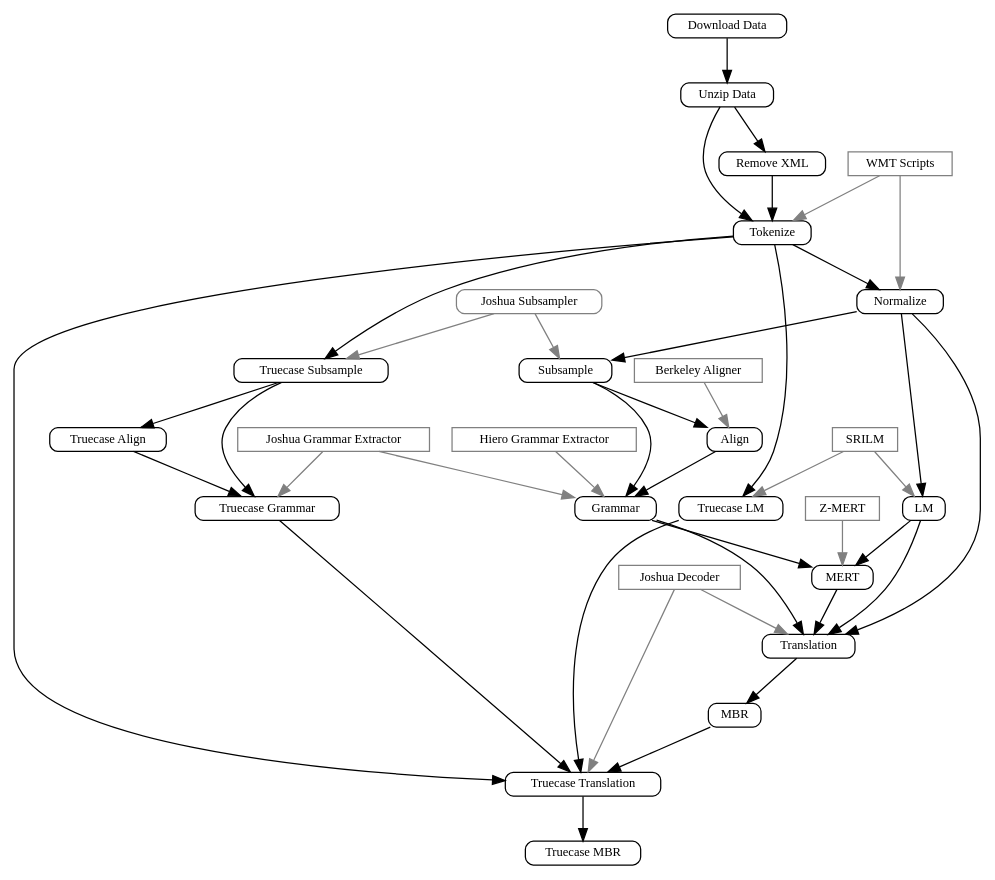
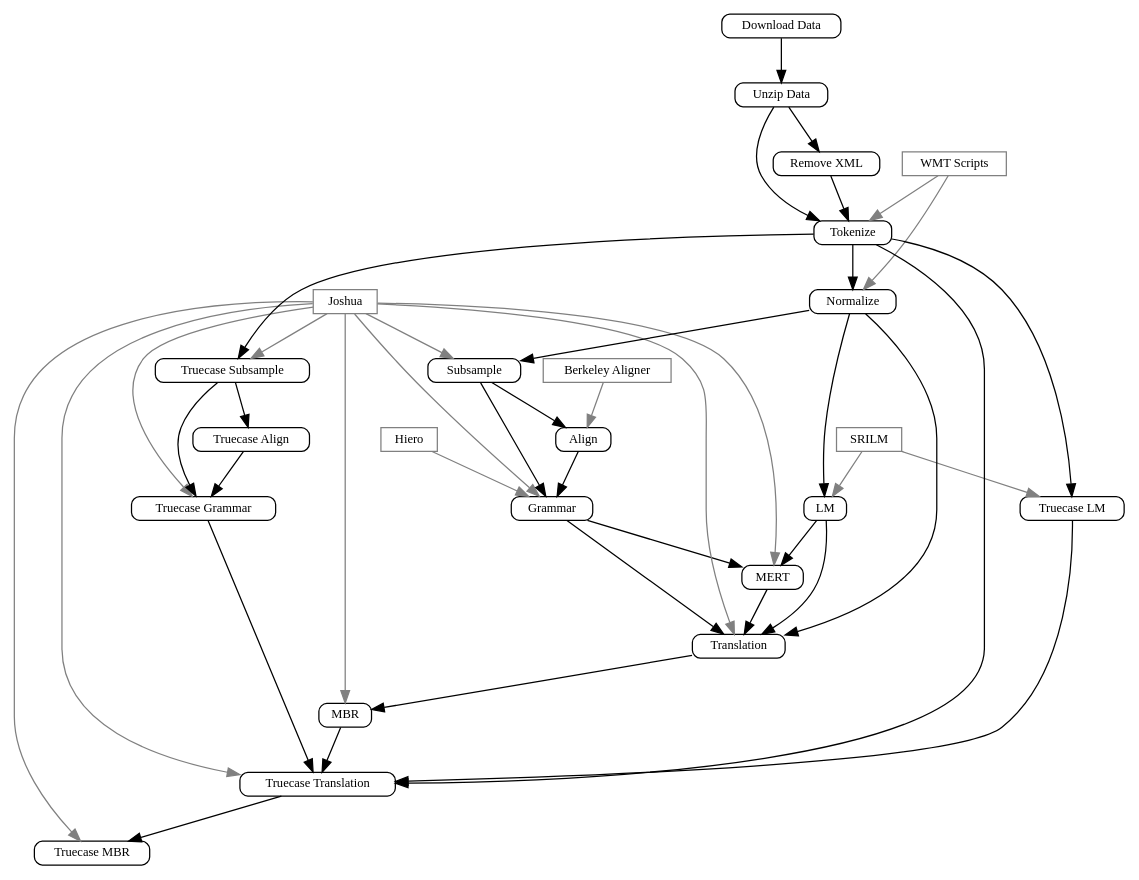
Before and after one commit to dowobeha/joshua-publications: the diagram in papers/wmt10.pipeline/figure.dot, drawn with Graphviz. The commit also changed 3 other files, not shown here.

```diff
--- a/papers/wmt10.pipeline/figure.dot
+++ b/papers/wmt10.pipeline/figure.dot
@@ -1,109 +1,128 @@
 digraph G {
 
 		// We want all the shapes to be rounded rectangles
 		node[shape=box, style=rounded,fontsize=10,height=0,width=0,textwidth=1];
 
 	//subgraph clusterTools  { label="Tools"; 
 		Scripts [style=solid,color=grey,label="WMT Scripts"]
 		SRILM [style=solid,color=grey,label="SRILM"]
 		BerkeleyAligner [style=solid,color=grey,label="Berkeley Aligner"]
-		Hiero [label="Hiero Grammar Extractor",style=solid,color=grey]
-		JoshuaDecoder [style=solid,color=grey,label="Joshua Decoder"]
-		ZMERT [style=solid,color=grey,label="Z-MERT"]
+		Hiero [label="Hiero",style=solid,color=grey]
 	//}
+
+
+		Hiero -> Grammar [color=grey]
+
+//		JoshuaDecoder [style=solid,color=grey,label="Joshua Decoder"]
+//		JoshuaSubsampler [label="Joshua Subsampler",color=grey]
+//		JoshuaGrammar [label="Joshua Grammar Extractor",color=grey,style=solid]
+//		ZMERT [style=solid,color=grey,label="Z-MERT"]
+//
+//		JoshuaGrammar -> Grammar [color=grey]
+//		ZMERT -> MERT [color=grey]
+//		JoshuaDecoder -> Translate [color=grey]
+//		JoshuaDecoder -> Recase [color=grey]
+//		JoshuaGrammar -> RecaseGrammar [color=grey]
+//		JoshuaSubsampler -> Subsample [color=grey]
+//		JoshuaSubsampler -> RecaseSubsample [color=grey]
+
+
+
+
+		Joshua [style=solid,color=grey,label="Joshua"]
+
+		Joshua -> Grammar [color=grey,group="Joshua"]
+		Joshua -> MERT [color=grey,group="Joshua"]
+		Joshua -> Translate [color=grey,group="Joshua"]
+		Joshua -> Recase [color=grey,group="Joshua"]
+		Joshua -> RecaseGrammar [color=grey,group="Joshua"]
+		Joshua -> Subsample [color=grey,group="Joshua"]
+		Joshua -> RecaseSubsample [color=grey,group="Joshua"]
+		Joshua -> MBR [color="grey",group="Joshua"]
+		Joshua -> RecaseMBR [color="grey",group="Joshua"]
+
+
 
 	//subgraph clusterPreprocess { label="Preprocess Data";
 		OriginalData [label="Download Data"]
 		OriginalDataUnzipped [label="Unzip Data"]
 		RemoveXML [label="Remove XML"]
 		Tokenize
 		Normalize
 	//	}
 		
 	//	subgraph clusterTrain { label="Train Models"
 			LM [label="LM"]
 			Subsample
 			Align
 			Grammar
 			MERT
 	//	}
 		
 				
 	//	subgraph clusterTrainRecase { label="Train Recaser"
 			RecaseLM [label="Truecase LM"]
 			RecaseSubsample [label="Truecase Subsample"]
 			RecaseAlign [label="Truecase Align"]
 			RecaseGrammar [label="Truecase Grammar"]
 	//	}
 		
 	//	subgraph clusterTranslate {
 			Translate [label="Translation"]
 			MBR
 			Recase [label="Truecase Translation"]
 			RecaseMBR [label="Truecase MBR"]
 	//	}
 		
 		Tokenize -> Recase
 
 		// Preprocessing dependencies
 		OriginalData -> OriginalDataUnzipped	
 		OriginalDataUnzipped -> RemoveXML
 		OriginalDataUnzipped -> Tokenize
 		RemoveXML -> Tokenize
 		Tokenize -> Normalize
 
 		Normalize -> LM
 		Normalize -> Subsample
 		Subsample -> Align
 		Subsample -> Grammar
 		Align -> Grammar
 		Grammar -> MERT
 		LM -> MERT
 		
 		MERT -> Translate
 		Grammar -> Translate
 		LM -> Translate
 		Normalize -> Translate
 		
 		Tokenize -> RecaseLM
 		Tokenize -> RecaseSubsample
 		RecaseSubsample -> RecaseAlign
 		RecaseSubsample -> RecaseGrammar
 
 		RecaseAlign -> RecaseGrammar
 		RecaseGrammar -> Recase
 		RecaseLM -> Recase
 
 		Translate -> MBR
 		MBR -> Recase
 		Recase -> RecaseMBR
 
 
 
 		// Preprocessing tools dependencies
 //		Scripts -> RemoveXML [color=grey]
 		Scripts -> Tokenize [color=grey]
 		Scripts -> Normalize [color=grey]
 		
 		SRILM -> LM [color=grey]
 		SRILM -> RecaseLM [color=grey]
 		
 		BerkeleyAligner -> Align [color=grey]
 		
-		JoshuaGrammar [label="Joshua Grammar Extractor",color=grey,style=solid]
 
-		Hiero -> Grammar [color=grey]
-		JoshuaGrammar -> Grammar [color=grey]
-		
-		ZMERT -> MERT [color=grey]
-		JoshuaDecoder -> Translate [color=grey]
-		JoshuaDecoder -> Recase [color=grey]
-		JoshuaGrammar -> RecaseGrammar [color=grey]
-		
-		JoshuaSubsampler [label="Joshua Subsampler",color=grey]
-		JoshuaSubsampler -> Subsample [color=grey]
-		JoshuaSubsampler -> RecaseSubsample [color=grey]
 
 		
 
 		}
```
